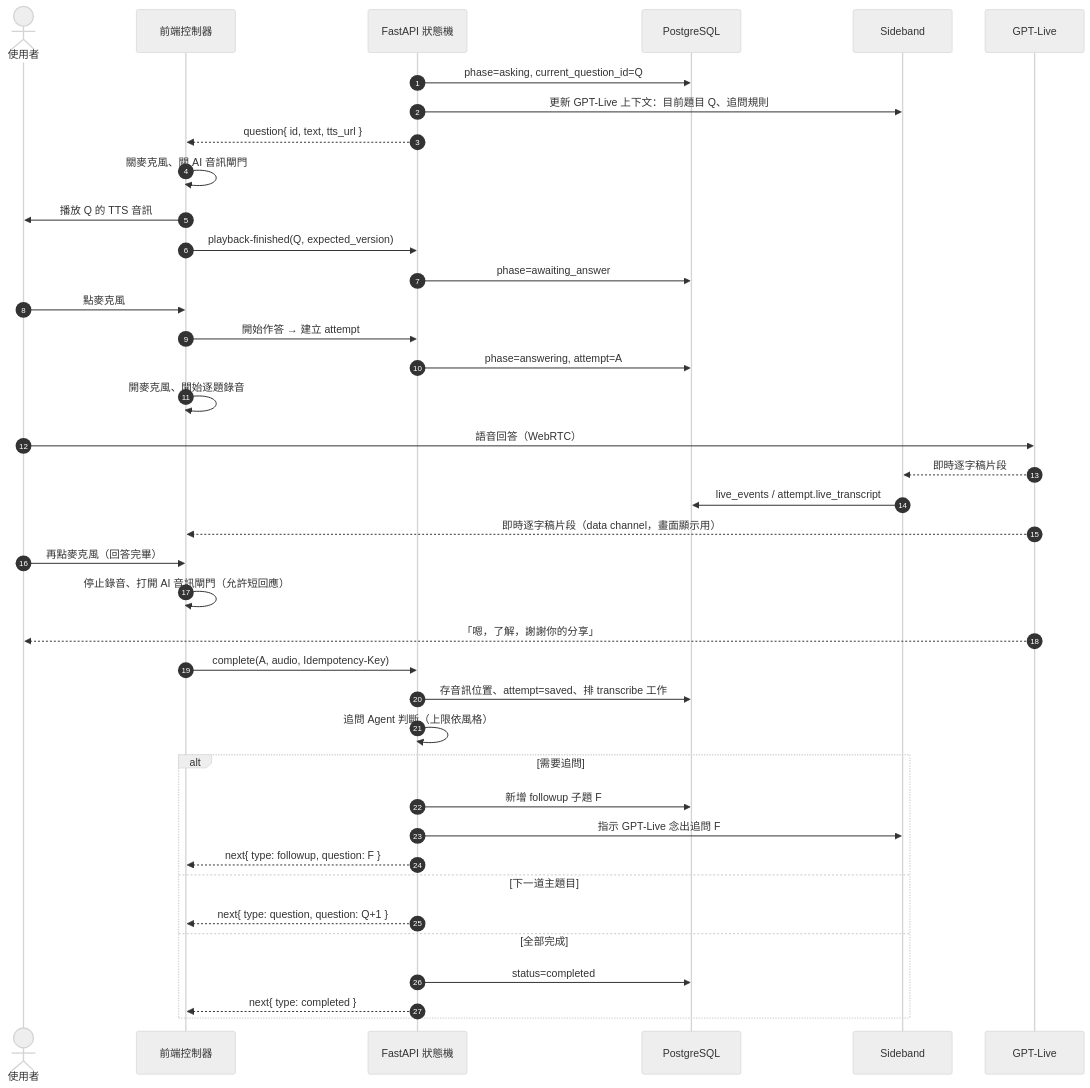
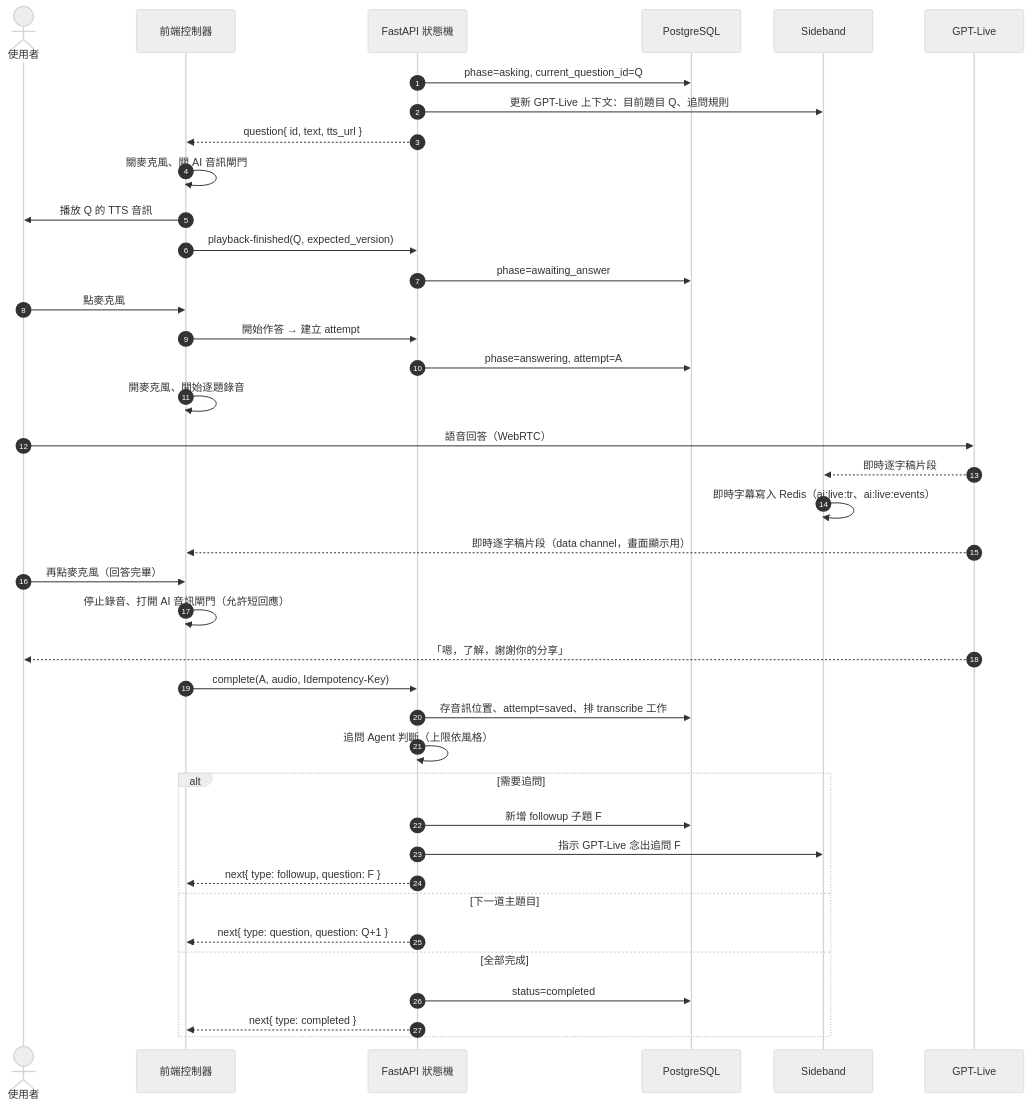
The sixth of 6 diagrams in spec/architecture.md (WilliamTsai1227/AI_Interview), drawn with Mermaid (neutral theme) before and after one commit. The commit also changed other lines of this file and 3 other files, not shown here.

````diff
--- a/spec/architecture.md
+++ b/spec/architecture.md
@@ -280,42 +378,42 @@
 ```mermaid
 sequenceDiagram
     autonumber
     actor U as 使用者
     participant FE as 前端控制器
     participant API as FastAPI 狀態機
     participant DB as PostgreSQL
     participant SB as Sideband
     participant GL as GPT-Live
 
     API->>DB: phase=asking, current_question_id=Q
     API->>SB: 更新 GPT-Live 上下文：目前題目 Q、追問規則
     API-->>FE: question{ id, text, tts_url }
     FE->>FE: 關麥克風、關 AI 音訊閘門
     FE->>U: 播放 Q 的 TTS 音訊
     FE->>API: playback-finished(Q, expected_version)
     API->>DB: phase=awaiting_answer
     U->>FE: 點麥克風
     FE->>API: 開始作答 → 建立 attempt
     API->>DB: phase=answering, attempt=A
     FE->>FE: 開麥克風、開始逐題錄音
     U->>GL: 語音回答（WebRTC）
     GL-->>SB: 即時逐字稿片段
-    SB->>DB: live_events / attempt.live_transcript
+    SB->>SB: 即時字幕寫入 Redis（ai:live:tr、ai:live:events）
     GL-->>FE: 即時逐字稿片段（data channel，畫面顯示用）
     U->>FE: 再點麥克風（回答完畢）
     FE->>FE: 停止錄音、打開 AI 音訊閘門（允許短回應）
     GL-->>U: 「嗯，了解，謝謝你的分享」
     FE->>API: complete(A, audio, Idempotency-Key)
     API->>DB: 存音訊位置、attempt=saved、排 transcribe 工作
     API->>API: 追問 Agent 判斷（上限依風格）
     alt 需要追問
         API->>DB: 新增 followup 子題 F
         API->>SB: 指示 GPT-Live 念出追問 F
         API-->>FE: next{ type: followup, question: F }
     else 下一道主題目
         API-->>FE: next{ type: question, question: Q+1 }
     else 全部完成
         API->>DB: status=completed
         API-->>FE: next{ type: completed }
     end
 ```
````
